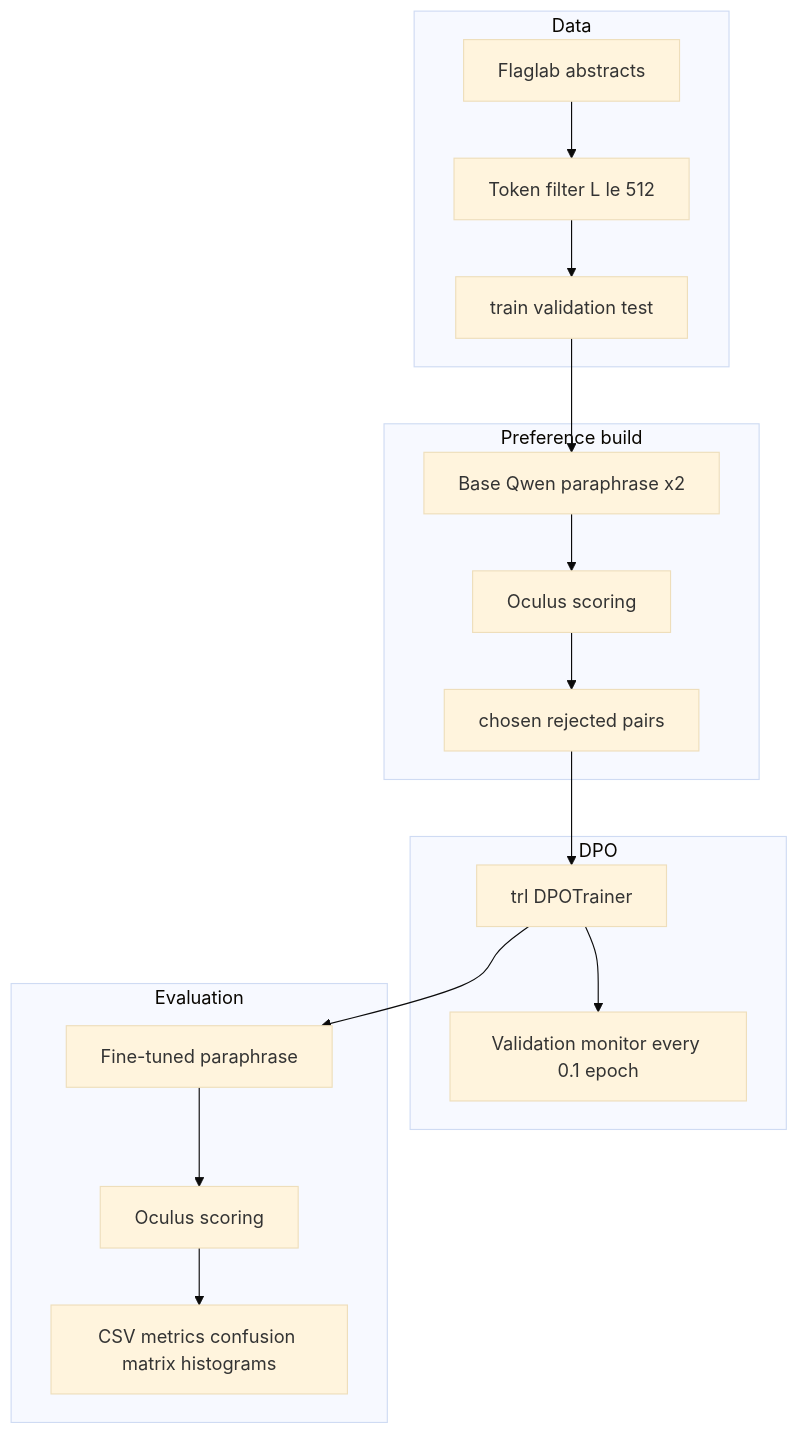
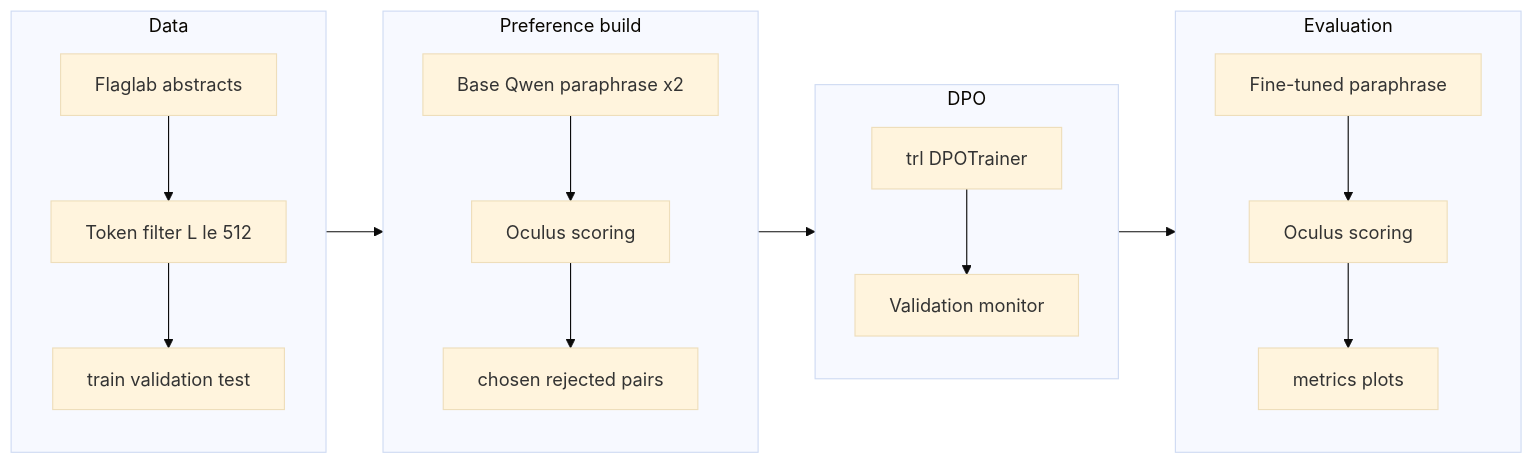
The diagram in README.md (pymlex/ai-text-detector-tricking), drawn with Mermaid (base theme) before and after one commit. The commit also changed other lines of this file and 8 other files, not shown here.

````diff
--- a/README.md
+++ b/README.md
@@ -23,26 +23,33 @@
 ```mermaid
-flowchart TB
+flowchart LR
   subgraph data [Data]
+    direction TB
     HF[Flaglab abstracts]
     Filter[Token filter L le 512]
     Splits[train validation test]
+    HF --> Filter --> Splits
   end
   subgraph prefs [Preference build]
+    direction TB
     GenBase[Base Qwen paraphrase x2]
     Det1[Oculus scoring]
     Pairs[chosen rejected pairs]
+    GenBase --> Det1 --> Pairs
   end
   subgraph train [DPO]
+    direction TB
     DPOTrainer[trl DPOTrainer]
-    Mon[Validation monitor every 0.1 epoch]
+    Mon[Validation monitor]
+    DPOTrainer --> Mon
   end
   subgraph eval [Evaluation]
+    direction TB
     GenFT[Fine-tuned paraphrase]
     Det2[Oculus scoring]
-    Metrics[CSV metrics confusion matrix histograms]
+    Metrics[metrics plots]
+    GenFT --> Det2 --> Metrics
   end
-  HF --> Filter --> Splits
-  Splits --> GenBase --> Det1 --> Pairs --> DPOTrainer
-  DPOTrainer --> Mon
-  DPOTrainer --> GenFT --> Det2 --> Metrics
+  Splits --> GenBase
+  Pairs --> DPOTrainer
+  DPOTrainer --> GenFT
 ```
````
